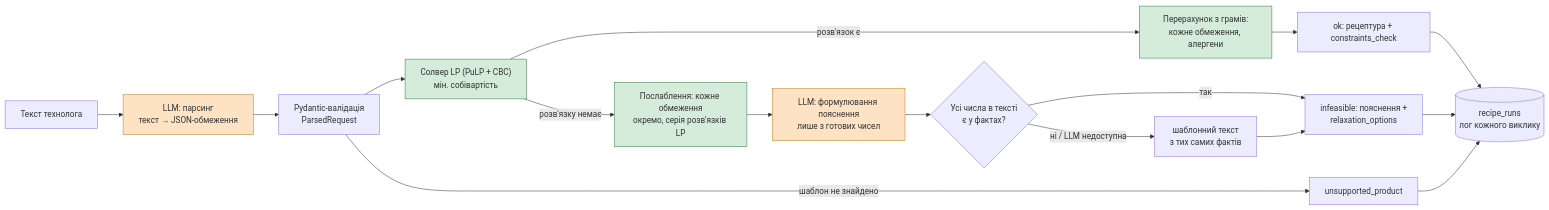
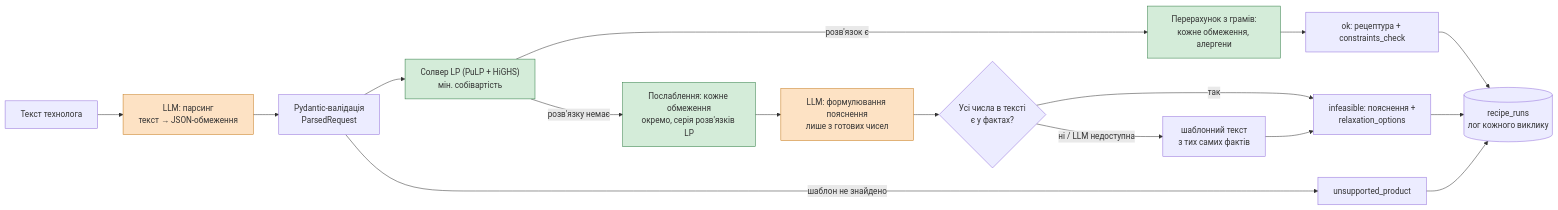
The diagram in README.md (Nikita-tg-python/recipe-under-constraints), drawn with Mermaid before and after one commit. The commit also changed other lines of this file and 20 other files, not shown here.

Commit message:
KAN-50: rehearsal fixes: HiGHS instead of buggy CBC, stated sugar reduction, understood/notes, LLM retries on timeouts

````diff
--- a/README.md
+++ b/README.md
@@ -15,17 +15,17 @@
 ```mermaid
 flowchart LR
     T["Текст технолога"] --> P["LLM: парсинг<br/>текст → JSON-обмеження"]:::llm
     P --> V["Pydantic-валідація<br/>ParsedRequest"]
     V -->|шаблон не знайдено| U["unsupported_product"]
-    V --> S["Солвер LP (PuLP + CBC)<br/>мін. собівартість"]:::calc
+    V --> S["Солвер LP (PuLP + HiGHS)<br/>мін. собівартість"]:::calc
     S -->|розв'язок є| C["Перерахунок з грамів:<br/>кожне обмеження, алергени"]:::calc
     C --> OK["ok: рецептура + constraints_check"]
     S -->|розв'язку немає| R["Послаблення: кожне обмеження<br/>окремо, серія розв'язків LP"]:::calc
     R --> E["LLM: формулювання пояснення<br/>лише з готових чисел"]:::llm
     E --> G{"Усі числа в тексті<br/>є у фактах?"}
     G -->|так| INF["infeasible: пояснення +<br/>relaxation_options"]
     G -->|ні / LLM недоступна| TT["шаблонний текст<br/>з тих самих фактів"] --> INF
     OK & INF & U --> L[("recipe_runs<br/>лог кожного виклику")]
     classDef llm fill:#fde2c4,stroke:#c77a1a
     classDef calc fill:#d4ecd9,stroke:#2f7d44
 ```
````
